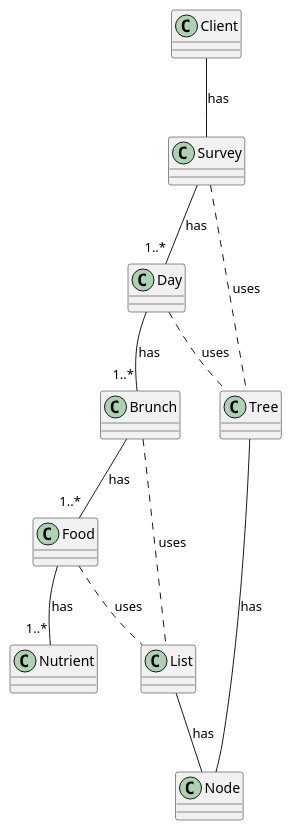
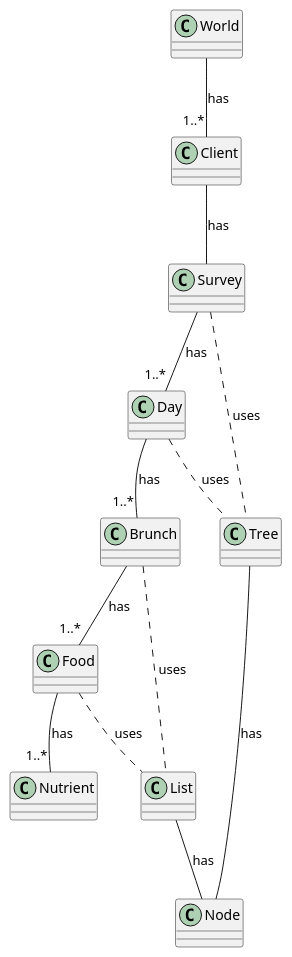
Before and after one commit to mmasias/23-24-eda1: the diagram in entregas/quiñonezJorge/ClassDiagram.puml, drawn with PlantUML. The commit also changed 11 other files, not shown here.

```diff
--- a/entregas/quiñonezJorge/ClassDiagram.puml
+++ b/entregas/quiñonezJorge/ClassDiagram.puml
@@ -1,24 +1,25 @@
 @startuml class diagram
-
+class World{}
 class Client{}
 class Survey{}
 class Day{}
 class Brunch{}
 class Food{}
 class Nutrient{}
 class Tree{}
 class Node{}
 class List{}
 
+World -- "1..*" Client : has
 Client -- Survey : has
 Survey -- "1..*" Day : has
 Survey .. Tree : uses
 Day .. Tree : uses
 Day -- "1..*" Brunch : has
 Brunch .. List : uses
 Brunch -- "1..*" Food : has
 Food .. List : uses
 Food -- "1..*" Nutrient : has
 Tree -- Node : has
 List -- Node : has
 @enduml
```
